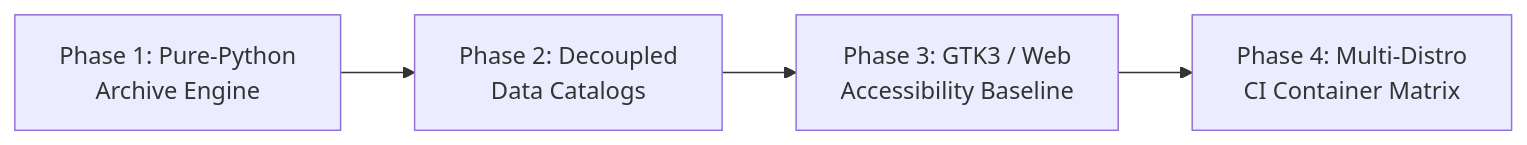
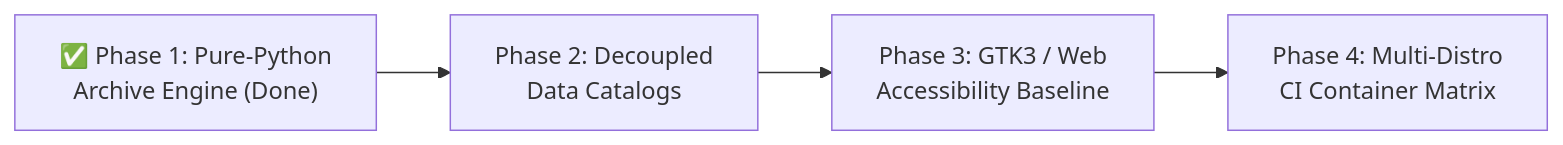
Before and after one commit to aryansinghnagar/Ars-Arcanum: the diagram in docs/MODERNIZATION_PLAN.md, drawn with Mermaid. The commit also changed other lines of this file and 47 other files, not shown here.

Commit message:
feat(core): release v4.2.1 pure-python modernization, audit remediations, and comprehensive doc sync

````diff
--- a/docs/MODERNIZATION_PLAN.md
+++ b/docs/MODERNIZATION_PLAN.md
@@ -31,6 +31,6 @@
 ```mermaid
 flowchart LR
-    P1["Phase 1: Pure-Python<br/>Archive Engine"] --> P2["Phase 2: Decoupled<br/>Data Catalogs"]
+    P1["✅ Phase 1: Pure-Python<br/>Archive Engine (Done)"] --> P2["Phase 2: Decoupled<br/>Data Catalogs"]
     P2 --> P3["Phase 3: GTK3 / Web<br/>Accessibility Baseline"]
     P3 --> P4["Phase 4: Multi-Distro<br/>CI Container Matrix"]
 ```
````
